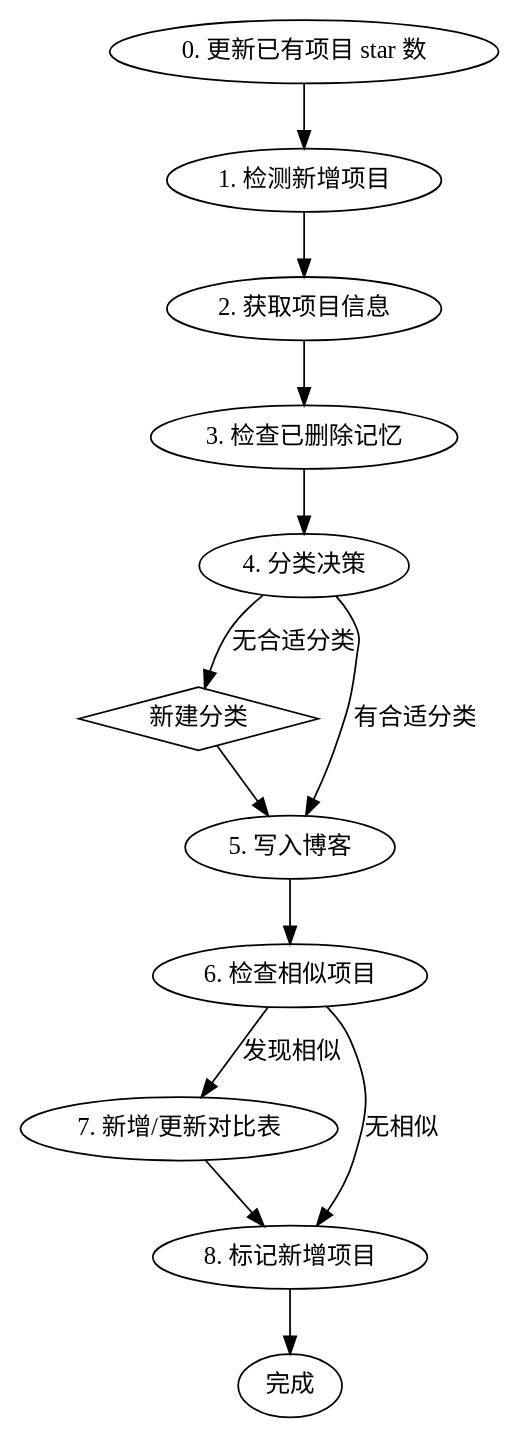
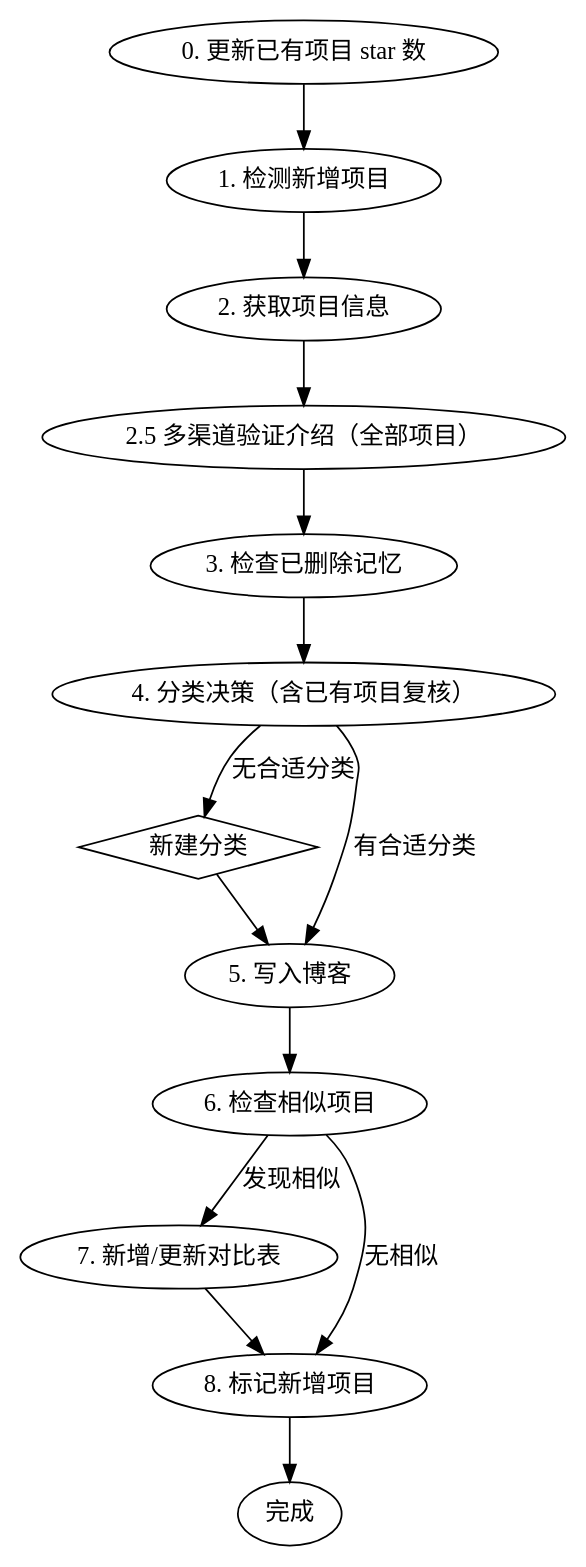
The diagram in .claude/skills/sync-starred-projects/SKILL.md (SpeechlessPanda/blog-s-code), drawn with Graphviz before and after one commit. The commit also changed other lines of this file and 1 other file, not shown here.

````diff
--- a/.claude/skills/sync-starred-projects/SKILL.md
+++ b/.claude/skills/sync-starred-projects/SKILL.md
@@ -12,26 +12,27 @@
 ```dot
 digraph sync {
   rankdir=TB;
   update [label="0. 更新已有项目 star 数"];
   detect [label="1. 检测新增项目"];
   info [label="2. 获取项目信息"];
+  verify [label="2.5 多渠道验证介绍（全部项目）"];
   check [label="3. 检查已删除记忆"];
-  categorize [label="4. 分类决策"];
+  categorize [label="4. 分类决策（含已有项目复核）"];
   newcat [label="新建分类", shape=diamond];
   write [label="5. 写入博客"];
   similar [label="6. 检查相似项目"];
   compare [label="7. 新增/更新对比表"];
   mark [label="8. 标记新增项目"];
   done [label="完成"];
 
-  update -> detect -> info -> check -> categorize;
+  update -> detect -> info -> verify -> check -> categorize;
   categorize -> newcat [label="无合适分类"];
   categorize -> write [label="有合适分类"];
   newcat -> write;
   write -> similar;
   similar -> compare [label="发现相似"];
   similar -> mark [label="无相似"];
   compare -> mark;
   mark -> done;
 }
 ```
````
